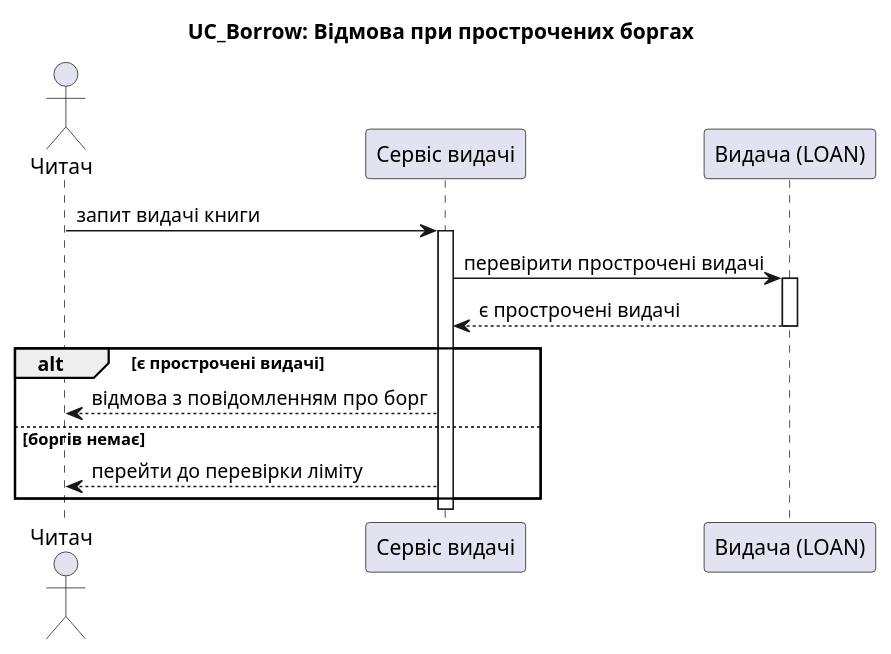
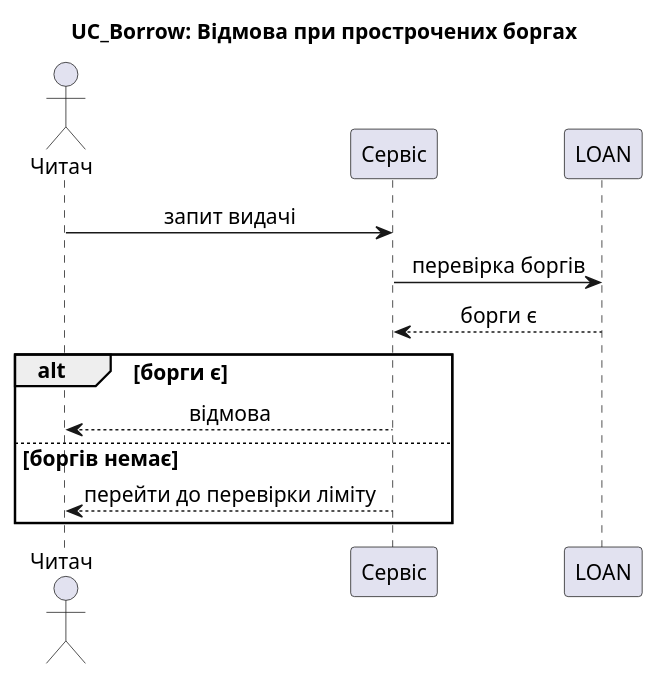
One commit to veronikapaschenkor29-png/Library-Modeling-and-Analysis-of-Software-Requirements changed the third of 5 diagrams in task-3/sequence.puml. Above: the diagram before and after it, drawn with PlantUML. The commit also changed other lines of this file and 1 other file, not shown here.

First line of the commit message:
docs(task-3): remove activation bars from sequence diagrams

```diff
--- a/task-3/sequence.puml
+++ b/task-3/sequence.puml
@@ -56,18 +46,16 @@
 @startuml S3_Debts_Refused
+skinparam sequenceMessageAlign center
+skinparam defaultFontSize 14
 title UC_Borrow: Відмова при прострочених боргах
 actor "Читач" as R
-participant "Сервіс видачі" as S
-participant "Видача (LOAN)" as N
-R -> S : запит видачі книги
-activate S
-S -> N : перевірити прострочені видачі
-activate N
-N --> S : є прострочені видачі
-deactivate N
-alt є прострочені видачі
-  S --> R : відмова з повідомленням про борг
+participant "Сервіс" as S
+participant "LOAN" as N
+R -> S : запит видачі
+S -> N : перевірка боргів
+N --> S : борги є
+alt борги є
+  S --> R : відмова
 else боргів немає
   S --> R : перейти до перевірки ліміту
 end
-deactivate S
 @enduml
```
